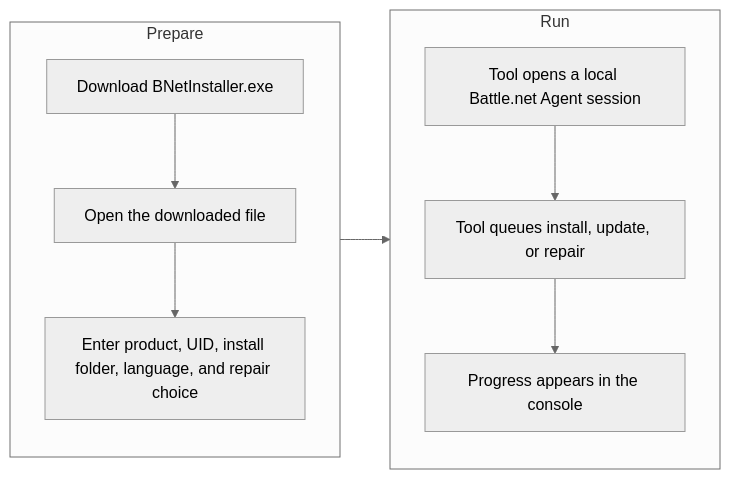
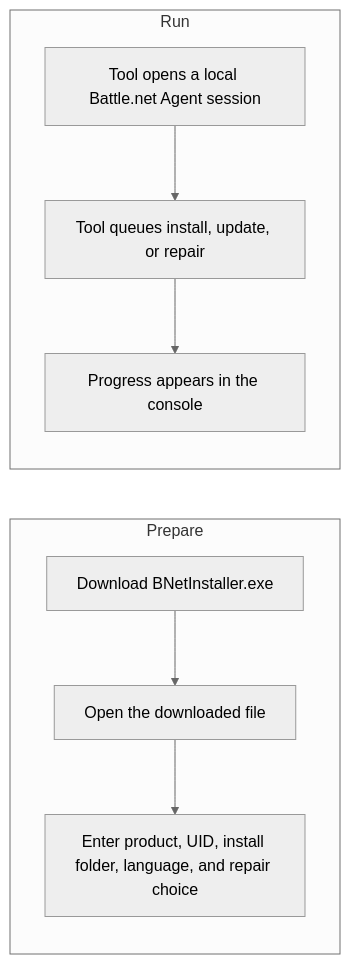
The diagram in README.md (DokPlay/Battle.Net-Installer), drawn with Mermaid (neutral theme) before and after one commit. The commit also changed 1 other file, not shown here.

Commit message:
Remove cross-link from README flow diagrams

````diff
--- a/README.md
+++ b/README.md
@@ -52,16 +52,14 @@
 ```mermaid
 flowchart LR
     subgraph LEFT["Prepare"]
         direction TB
         A["Download BNetInstaller.exe"] --> B["Open the downloaded file"]
         B --> C["Enter product, UID, install folder, language, and repair choice"]
     end
 
     subgraph RIGHT["Run"]
         direction TB
         D["Tool opens a local Battle.net Agent session"] --> E["Tool queues install, update, or repair"]
         E --> F["Progress appears in the console"]
     end
-
-    C --> D
 ```
````
